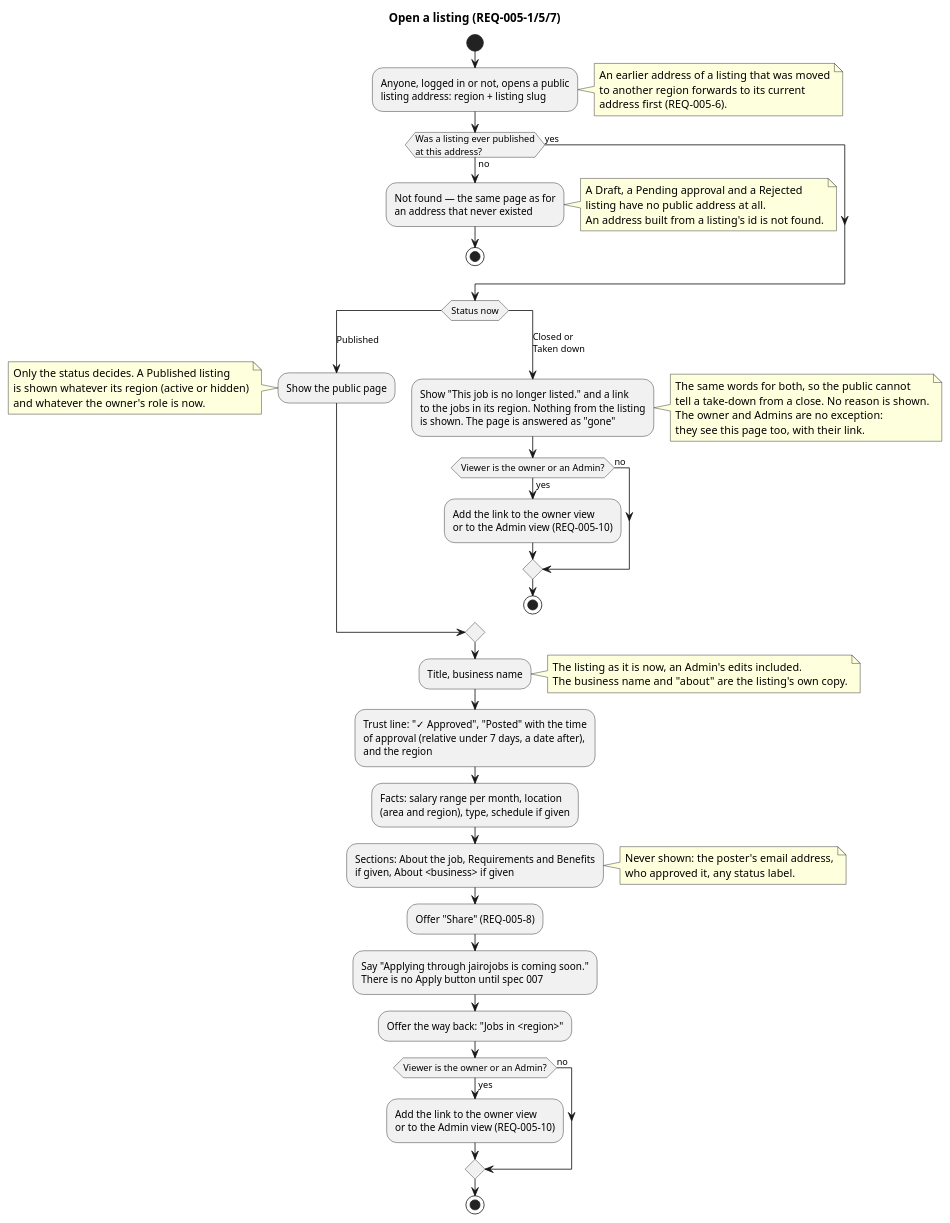
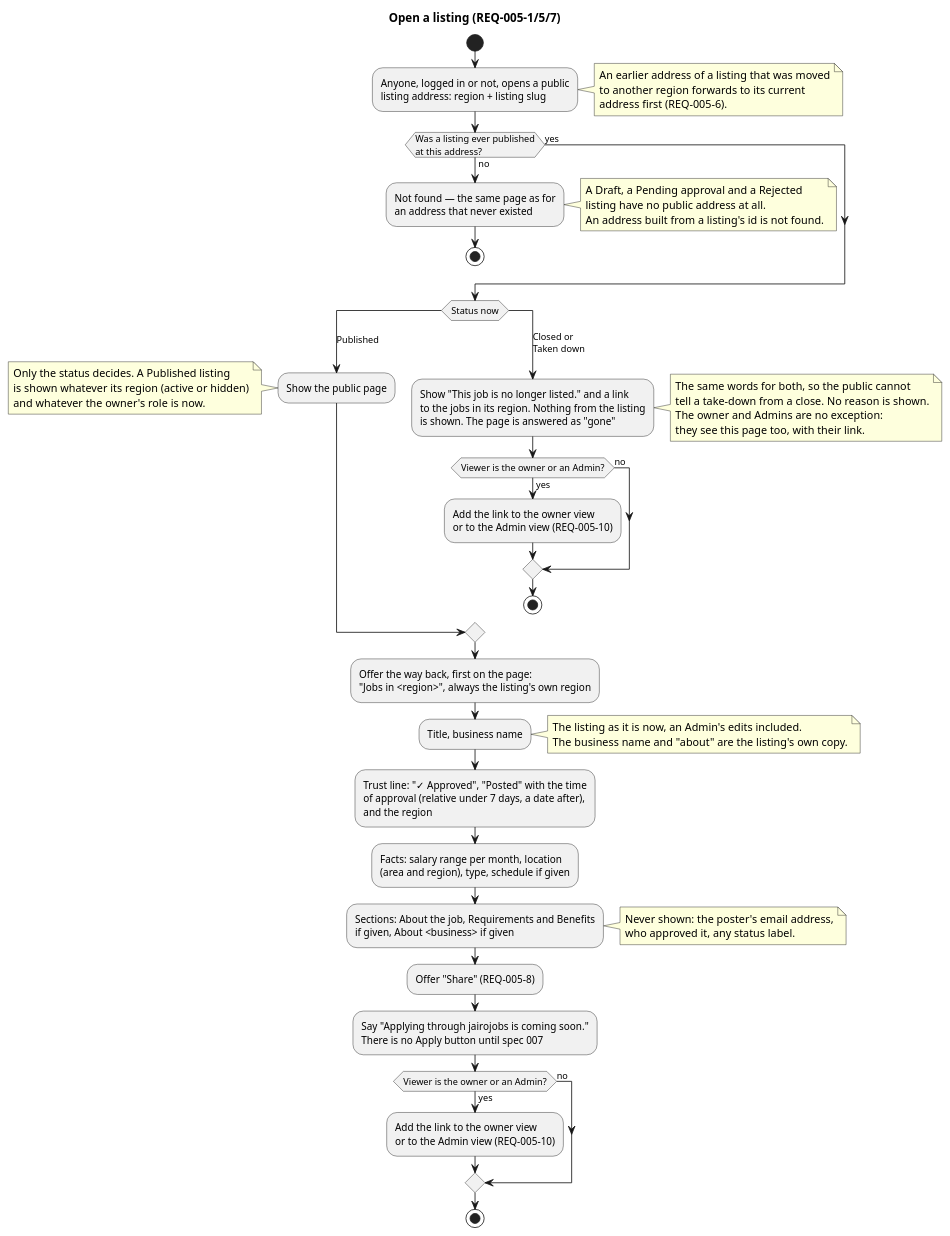
The diagram in docs/specs/005-public-browse-search/diagrams/activity-open-a-listing.puml (raseniero/jairojobs-elixir), drawn with PlantUML before and after one commit. The commit also changed 12 other files, not shown here.

```diff
--- a/docs/specs/005-public-browse-search/diagrams/activity-open-a-listing.puml
+++ b/docs/specs/005-public-browse-search/diagrams/activity-open-a-listing.puml
@@ -1,75 +1,76 @@
 @startuml activity-open-a-listing
 ' Spec 005 — what is public, the listing's public page, and a listing that is no longer listed (REQ-005-1, -5, -7)
 title Open a listing (REQ-005-1/5/7)
 
 start
 :Anyone, logged in or not, opens a public
 listing address: region + listing slug;
 note right
   An earlier address of a listing that was moved
   to another region forwards to its current
   address first (REQ-005-6).
 end note
 if (Was a listing ever published\nat this address?) then (no)
   :Not found — the same page as for
   an address that never existed;
   note right
     A Draft, a Pending approval and a Rejected
     listing have no public address at all.
     An address built from a listing's id is not found.
   end note
   stop
 else (yes)
 endif
 switch (Status now)
 case (Published)
   :Show the public page;
   note left
     Only the status decides. A Published listing
     is shown whatever its region (active or hidden)
     and whatever the owner's role is now.
   end note
 case (Closed or\nTaken down)
   :Show "This job is no longer listed." and a link
   to the jobs in its region. Nothing from the listing
   is shown. The page is answered as "gone";
   note right
     The same words for both, so the public cannot
     tell a take-down from a close. No reason is shown.
     The owner and Admins are no exception:
     they see this page too, with their link.
   end note
   if (Viewer is the owner or an Admin?) then (yes)
     :Add the link to the owner view
     or to the Admin view (REQ-005-10);
   else (no)
   endif
   stop
 endswitch
+:Offer the way back, first on the page:
+"Jobs in <region>", always the listing's own region;
 :Title, business name;
 note right
   The listing as it is now, an Admin's edits included.
   The business name and "about" are the listing's own copy.
 end note
 :Trust line: "✓ Approved", "Posted" with the time
 of approval (relative under 7 days, a date after),
 and the region;
 :Facts: salary range per month, location
 (area and region), type, schedule if given;
 :Sections: About the job, Requirements and Benefits
 if given, About <business> if given;
 note right
   Never shown: the poster's email address,
   who approved it, any status label.
 end note
 :Offer "Share" (REQ-005-8);
 :Say "Applying through jairojobs is coming soon."
 There is no Apply button until spec 007;
-:Offer the way back: "Jobs in <region>";
 if (Viewer is the owner or an Admin?) then (yes)
   :Add the link to the owner view
   or to the Admin view (REQ-005-10);
 else (no)
 endif
 stop
 @enduml
```
